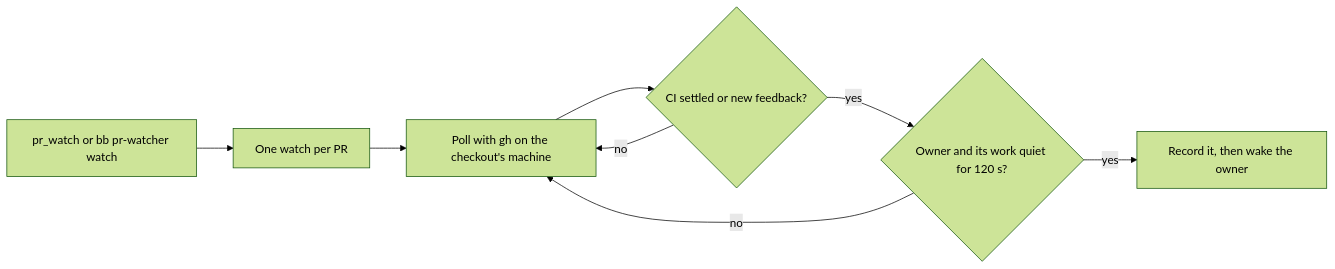
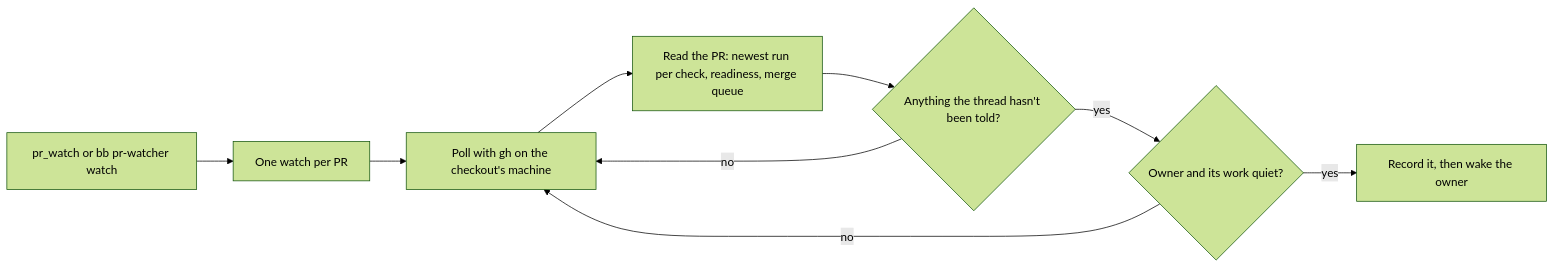
Before and after one commit to artemgordinskiy/bb-plugins: the diagram in plugins/pr-watcher/README.md, drawn with Mermaid (forest theme). The commit also changed other lines of this file and 10 other files, not shown here.

````diff
--- a/plugins/pr-watcher/README.md
+++ b/plugins/pr-watcher/README.md
@@ -7,10 +8,11 @@
 ```mermaid
 flowchart LR
   A[pr_watch or bb pr-watcher watch] --> B[One watch per PR]
   B --> C[Poll with gh on the checkout's machine]
-  C --> D{CI settled or new feedback?}
-  D -- no --> C
-  D -- yes --> E{Owner and its work quiet for 120 s?}
+  C --> D[Read the PR: newest run per check, readiness, merge queue]
+  D --> E{Anything the thread hasn't been told?}
   E -- no --> C
-  E -- yes --> F[Record it, then wake the owner]
+  E -- yes --> F{Owner and its work quiet?}
+  F -- no --> C
+  F -- yes --> G[Record it, then wake the owner]
 ```
````
